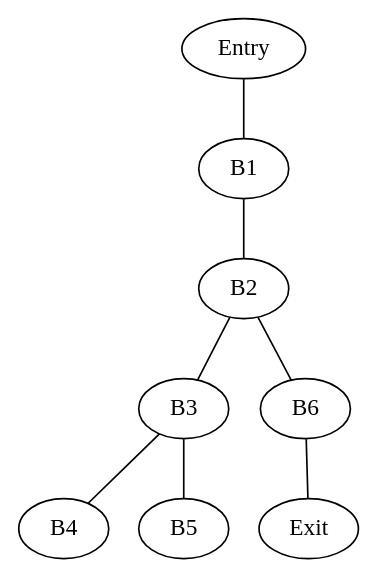
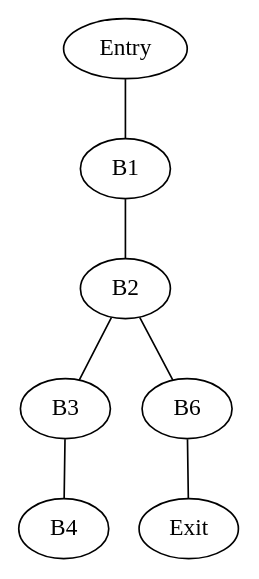
Before and after one commit to aprell/compiler-potpourri: the diagram in control_flow/analysis/examples/test06_domtree.dot, drawn with Graphviz. The commit also changed 9 other files, not shown here.

Commit message:
Remove more empty nodes to simplify control flow

```diff
--- a/control_flow/analysis/examples/test06_domtree.dot
+++ b/control_flow/analysis/examples/test06_domtree.dot
@@ -1,9 +1,8 @@
 graph DominatorTree {
     Entry -- B1;
     B1 -- B2;
     B2 -- B3;
     B2 -- B6;
     B3 -- B4;
-    B3 -- B5;
     B6 -- Exit;
 }
```
